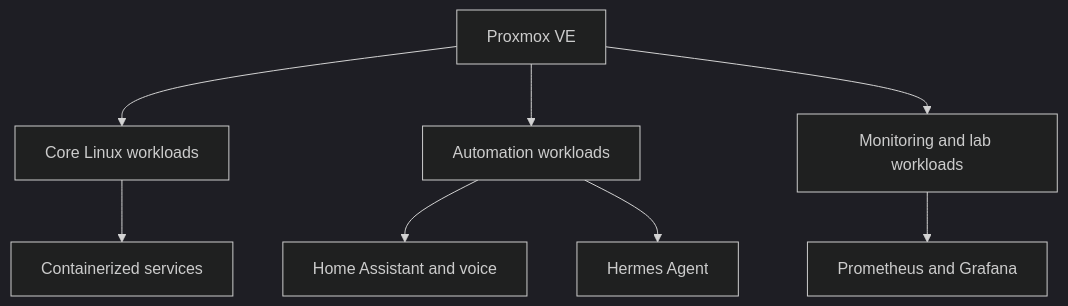
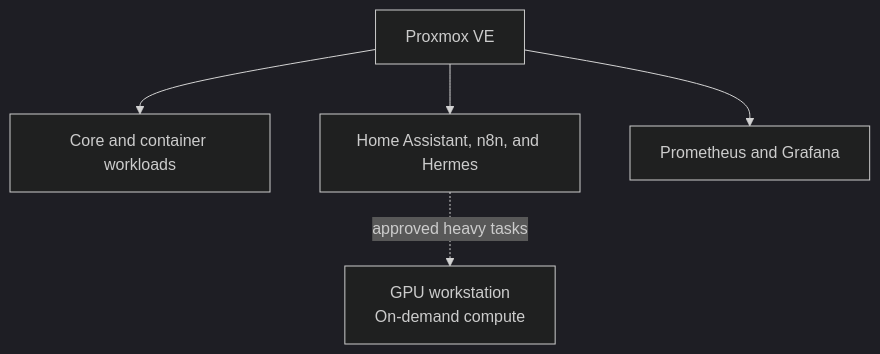
Before and after one commit to DeadPol8789/homelab: the third of 3 diagrams in docs/architecture.md, drawn with Mermaid (dark theme). The commit also changed other lines of this file and 8 other files, not shown here.

First line of the commit message:
Document operational HomeLab network foundation (#1)

````diff
--- a/docs/architecture.md
+++ b/docs/architecture.md
@@ -61,11 +57,7 @@
 ```mermaid
 flowchart TD
-    PVE["Proxmox VE"] --> CORE["Core Linux workloads"]
-    PVE --> AUTO["Automation workloads"]
-    PVE --> LAB["Monitoring and lab workloads"]
-
-    CORE --> CONTAINERS["Containerized services"]
-    AUTO --> HA["Home Assistant and voice"]
-    AUTO --> HERMES["Hermes Agent"]
-    LAB --> OBS["Prometheus and Grafana"]
+    PVE["Proxmox VE"] --> CORE["Core and container workloads"]
+    PVE --> AUTO["Home Assistant, n8n, and Hermes"]
+    PVE --> OBS["Prometheus and Grafana"]
+    AUTO -. "approved heavy tasks" .-> GPU["GPU workstation<br/>On-demand compute"]
 ```
````
